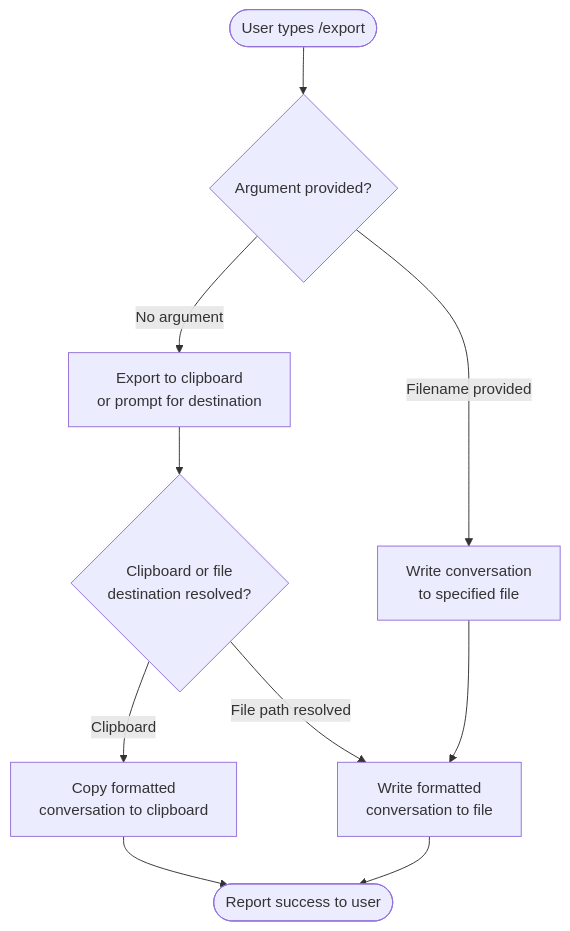
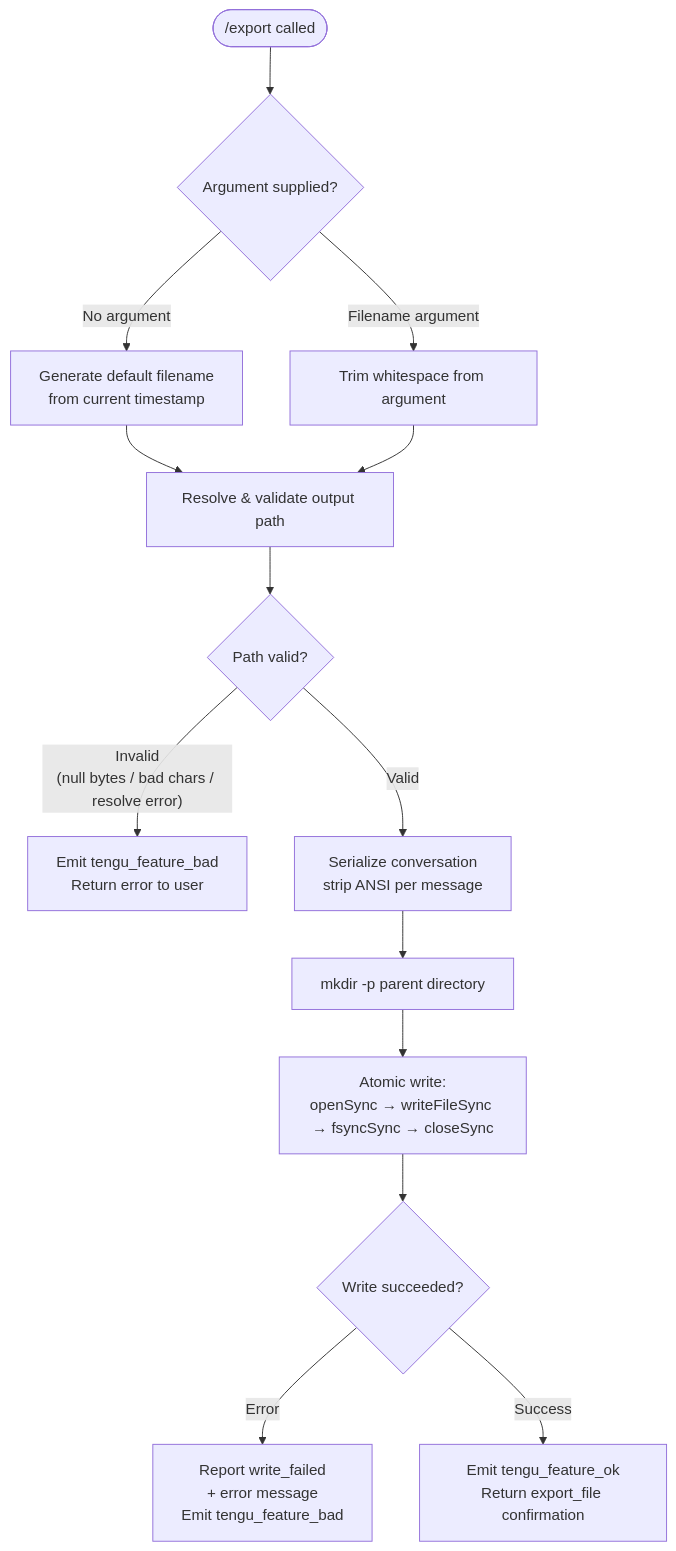
The diagram in versions/v2.1.139/export.md (MyLittleLuckyDog/cc-gnothi), drawn with Mermaid before and after one commit. The commit also changed other lines of this file and 97 other files, not shown here.

````diff
--- a/versions/v2.1.139/export.md
+++ b/versions/v2.1.139/export.md
@@ -46,12 +56,16 @@
 ```mermaid
 flowchart TD
-    A([User types /export]) --> B{Argument provided?}
-    B -- "No argument" --> C[Export to clipboard\nor prompt for destination]
-    B -- "Filename provided" --> D[Write conversation\nto specified file]
-    C --> E{Clipboard or file\ndestination resolved?}
-    E -- "Clipboard" --> F[Copy formatted\nconversation to clipboard]
-    E -- "File path resolved" --> G[Write formatted\nconversation to file]
-    D --> G
-    F --> H([Report success to user])
-    G --> H
+    A(["/export called"]) --> B{Argument supplied?}
+    B -- "No argument" --> C[Generate default filename\nfrom current timestamp]
+    B -- "Filename argument" --> D[Trim whitespace from argument]
+    C --> E[Resolve & validate output path]
+    D --> E
+    E --> F{Path valid?}
+    F -- "Invalid\n(null bytes / bad chars / resolve error)" --> G[Emit tengu_feature_bad\nReturn error to user]
+    F -- "Valid" --> H[Serialize conversation\nstrip ANSI per message]
+    H --> I[mkdir -p parent directory]
+    I --> J[Atomic write:\nopenSync → writeFileSync → fsyncSync → closeSync]
+    J --> K{Write succeeded?}
+    K -- "Error" --> L["Report write_failed\n+ error message\nEmit tengu_feature_bad"]
+    K -- "Success" --> M["Emit tengu_feature_ok\nReturn export_file confirmation"]
 ```
````
